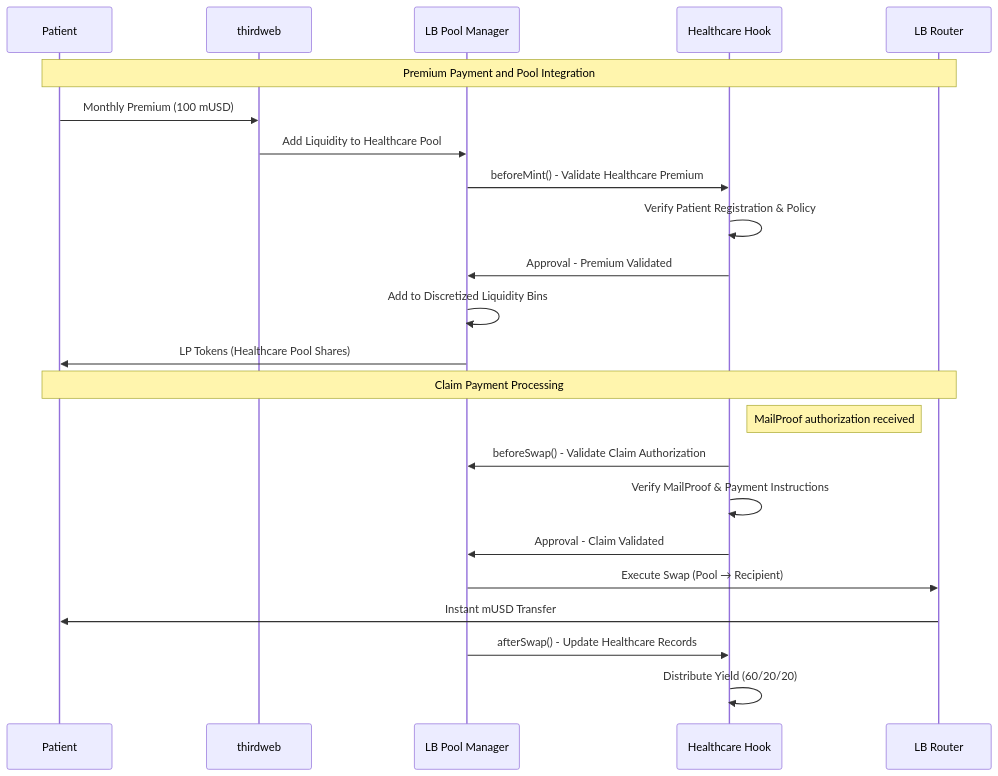
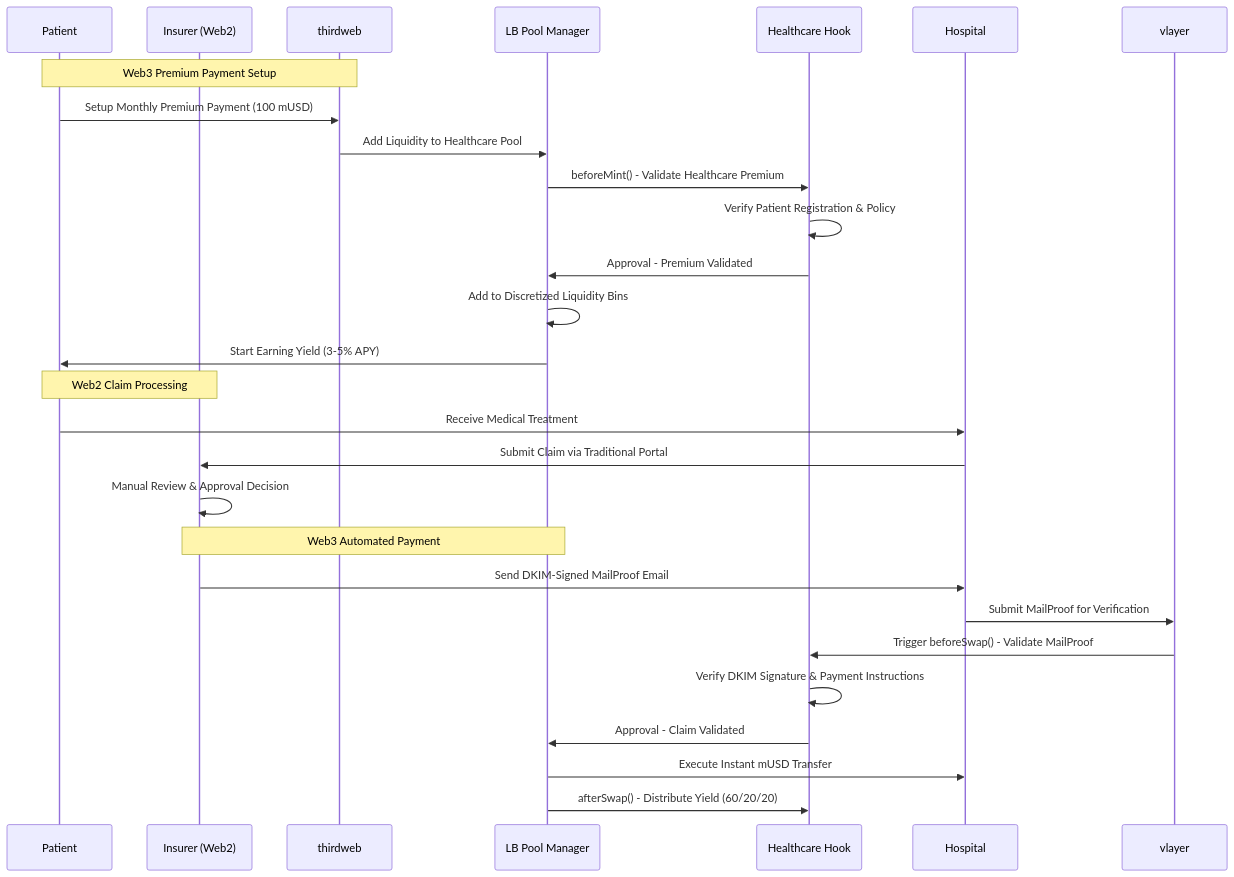
One commit to ppezzull/zkMed changed the second of 8 diagrams in memory-bank/systemPatterns.md. Above: the diagram before and after it, drawn with Mermaid. The commit also changed other lines of this file and 5 other files, not shown here.

````diff
--- a/memory-bank/systemPatterns.md
+++ b/memory-bank/systemPatterns.md
@@ -59,27 +59,33 @@
 ```mermaid
 sequenceDiagram
     participant P as Patient
+    participant I as Insurer (Web2)
     participant T as thirdweb
     participant LB as LB Pool Manager
     participant H as Healthcare Hook
-    participant R as LB Router
+    participant HO as Hospital
+    participant V as vlayer
 
-    Note over P,R: Premium Payment and Pool Integration
-    P->>T: Monthly Premium (100 mUSD)
+    Note over P,T: Web3 Premium Payment Setup
+    P->>T: Setup Monthly Premium Payment (100 mUSD)
     T->>LB: Add Liquidity to Healthcare Pool
     LB->>H: beforeMint() - Validate Healthcare Premium
     H->>H: Verify Patient Registration & Policy
     H->>LB: Approval - Premium Validated
     LB->>LB: Add to Discretized Liquidity Bins
-    LB->>P: LP Tokens (Healthcare Pool Shares)
+    LB->>P: Start Earning Yield (3-5% APY)
     
-    Note over P,R: Claim Payment Processing
-    Note right of H: MailProof authorization received
-    H->>LB: beforeSwap() - Validate Claim Authorization
-    H->>H: Verify MailProof & Payment Instructions
+    Note over P,I: Web2 Claim Processing  
+    P->>HO: Receive Medical Treatment
+    HO->>I: Submit Claim via Traditional Portal
+    I->>I: Manual Review & Approval Decision
+    
+    Note over I,LB: Web3 Automated Payment
+    I->>HO: Send DKIM-Signed MailProof Email
+    HO->>V: Submit MailProof for Verification
+    V->>H: Trigger beforeSwap() - Validate MailProof
+    H->>H: Verify DKIM Signature & Payment Instructions
     H->>LB: Approval - Claim Validated
-    LB->>R: Execute Swap (Pool → Recipient)
-    R->>P: Instant mUSD Transfer
-    LB->>H: afterSwap() - Update Healthcare Records
-    H->>H: Distribute Yield (60/20/20)
+    LB->>HO: Execute Instant mUSD Transfer
+    LB->>H: afterSwap() - Distribute Yield (60/20/20)
 ```
````
